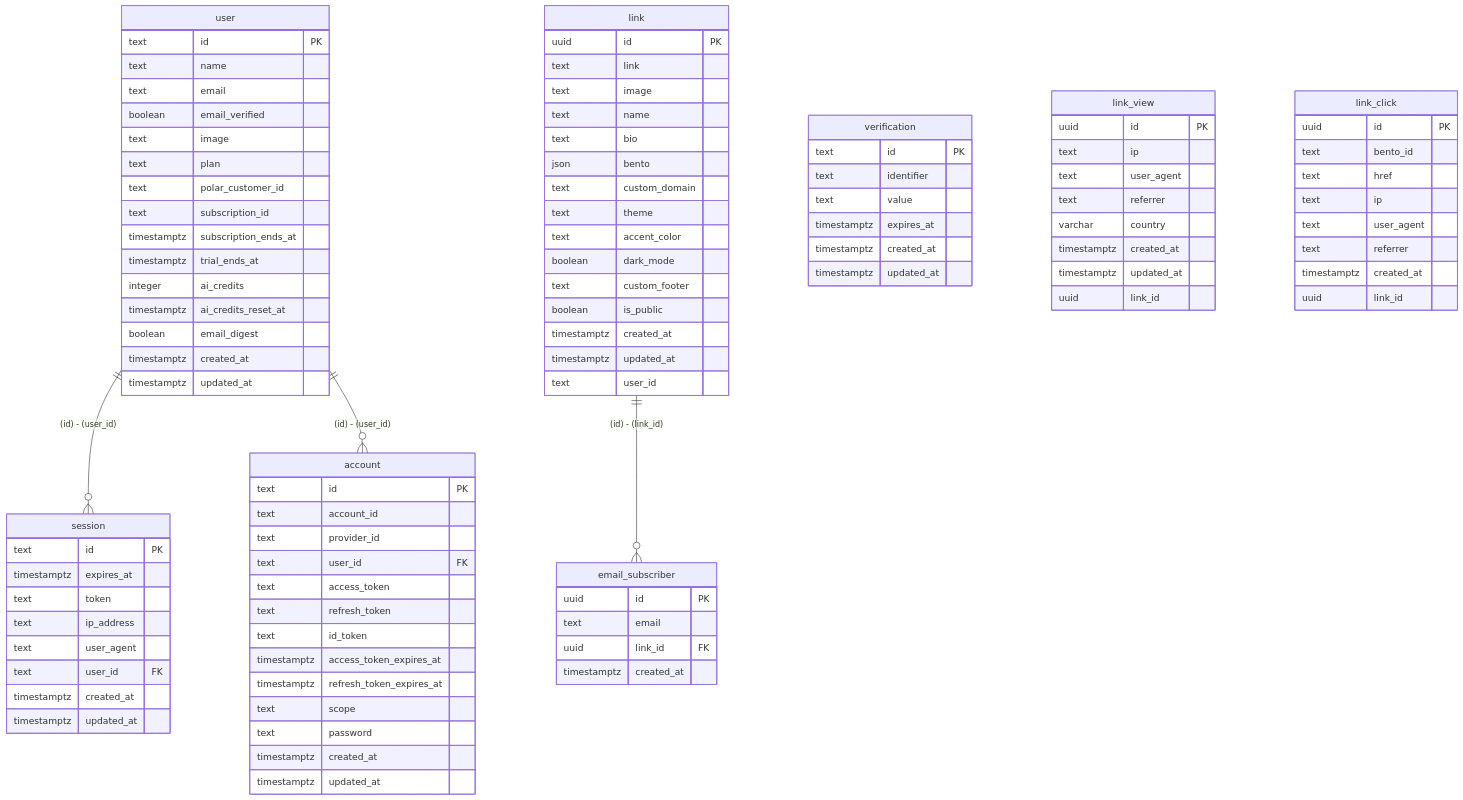
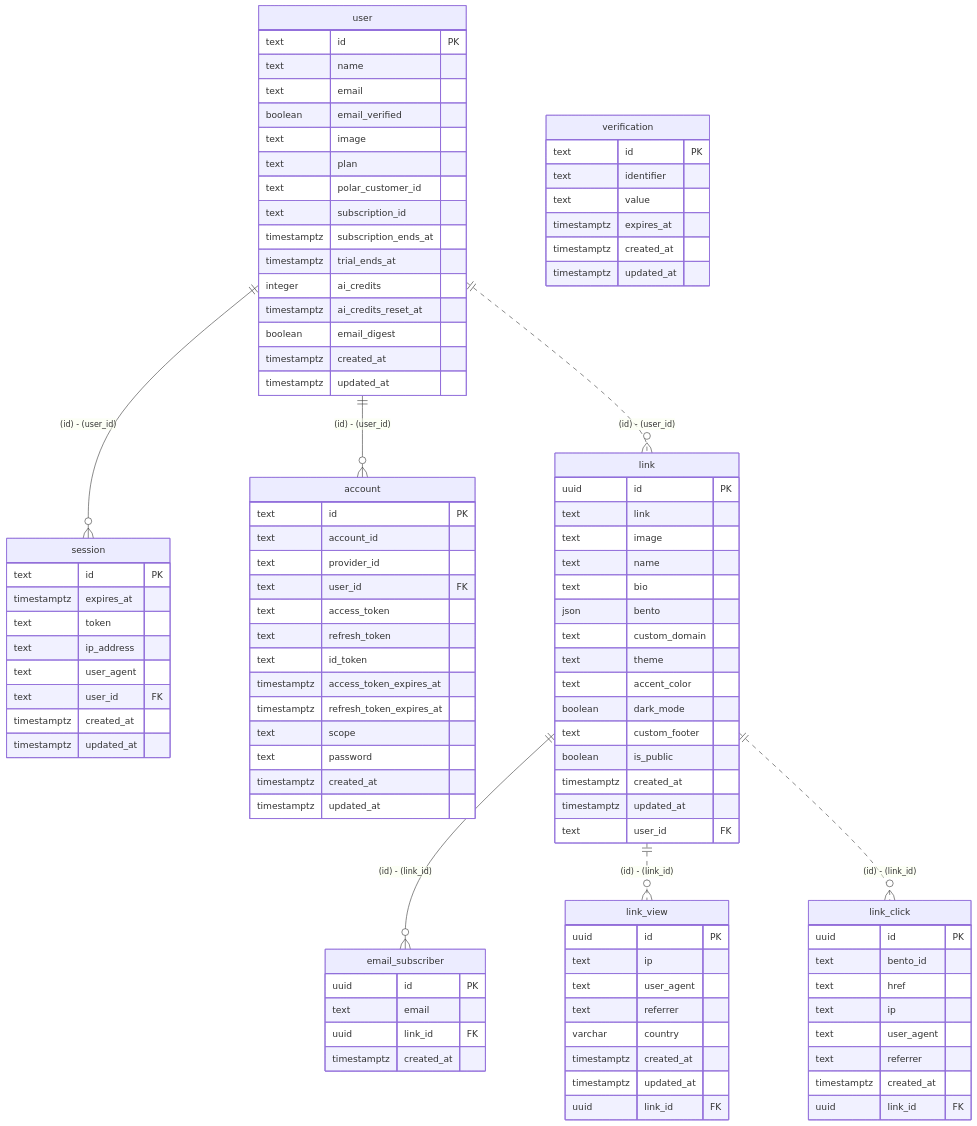
Before and after one commit to nakita628/drizzler-examples: the diagram in apps/openbio/docs/er.md, drawn with Mermaid. The commit also changed 439 other files, not shown here.

```diff
--- a/apps/openbio/docs/er.md
+++ b/apps/openbio/docs/er.md
@@ -3,6 +3,9 @@
     user ||--o{ session : "(id) - (user_id)"
     user ||--o{ account : "(id) - (user_id)"
     link ||--o{ email_subscriber : "(id) - (link_id)"
+    user ||..o{ link : "(id) - (user_id)"
+    link ||..o{ link_view : "(id) - (link_id)"
+    link ||..o{ link_click : "(id) - (link_id)"
     user {
         text id PK
         text name
@@ -68,7 +71,7 @@
         boolean is_public
         timestamptz created_at
         timestamptz updated_at
-        text user_id
+        text user_id FK
     }
     link_view {
         uuid id PK
@@ -78,7 +81,7 @@
         varchar country
         timestamptz created_at
         timestamptz updated_at
-        uuid link_id
+        uuid link_id FK
     }
     link_click {
         uuid id PK
@@ -88,7 +91,7 @@
         text user_agent
         text referrer
         timestamptz created_at
-        uuid link_id
+        uuid link_id FK
     }
     email_subscriber {
         uuid id PK
```
